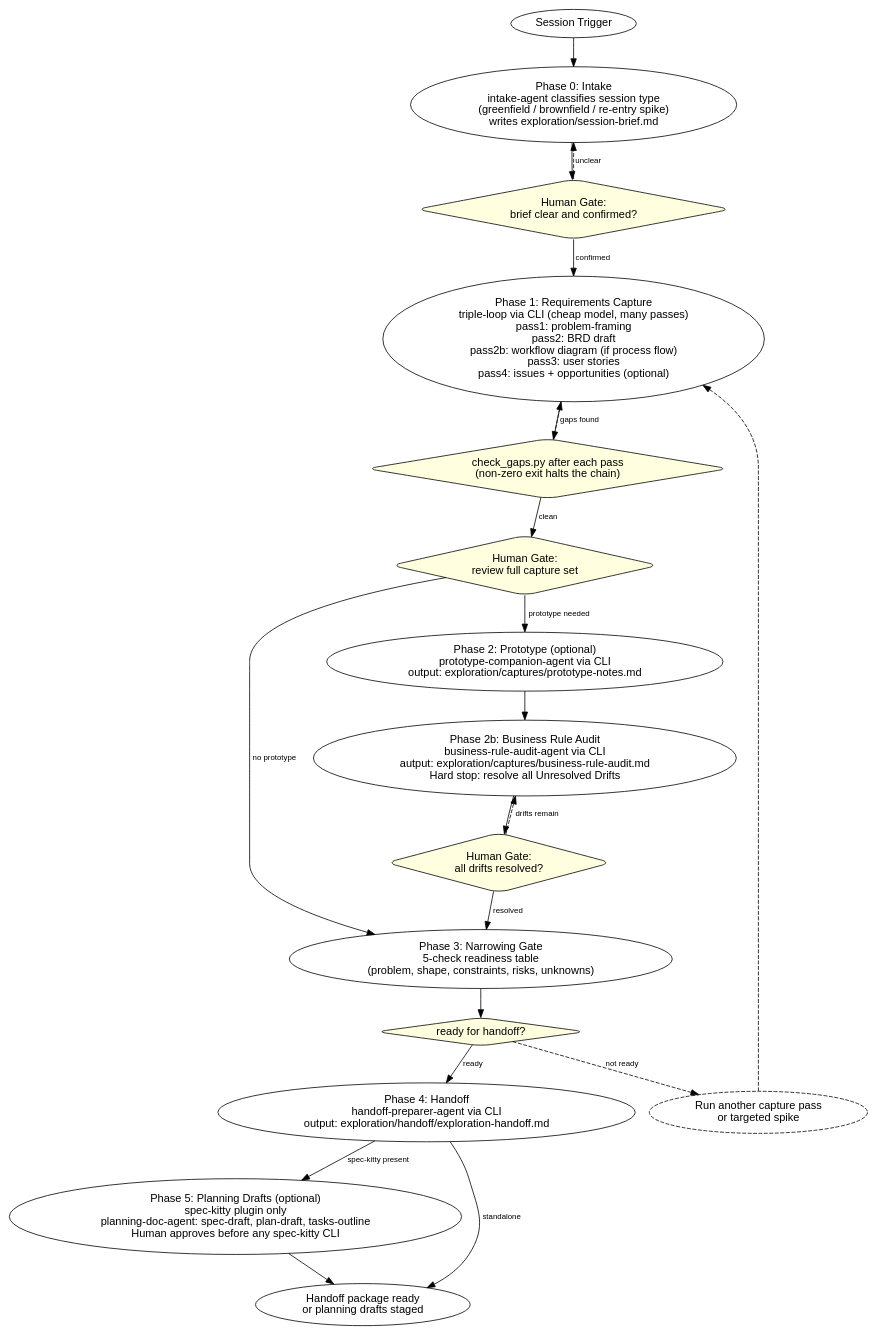
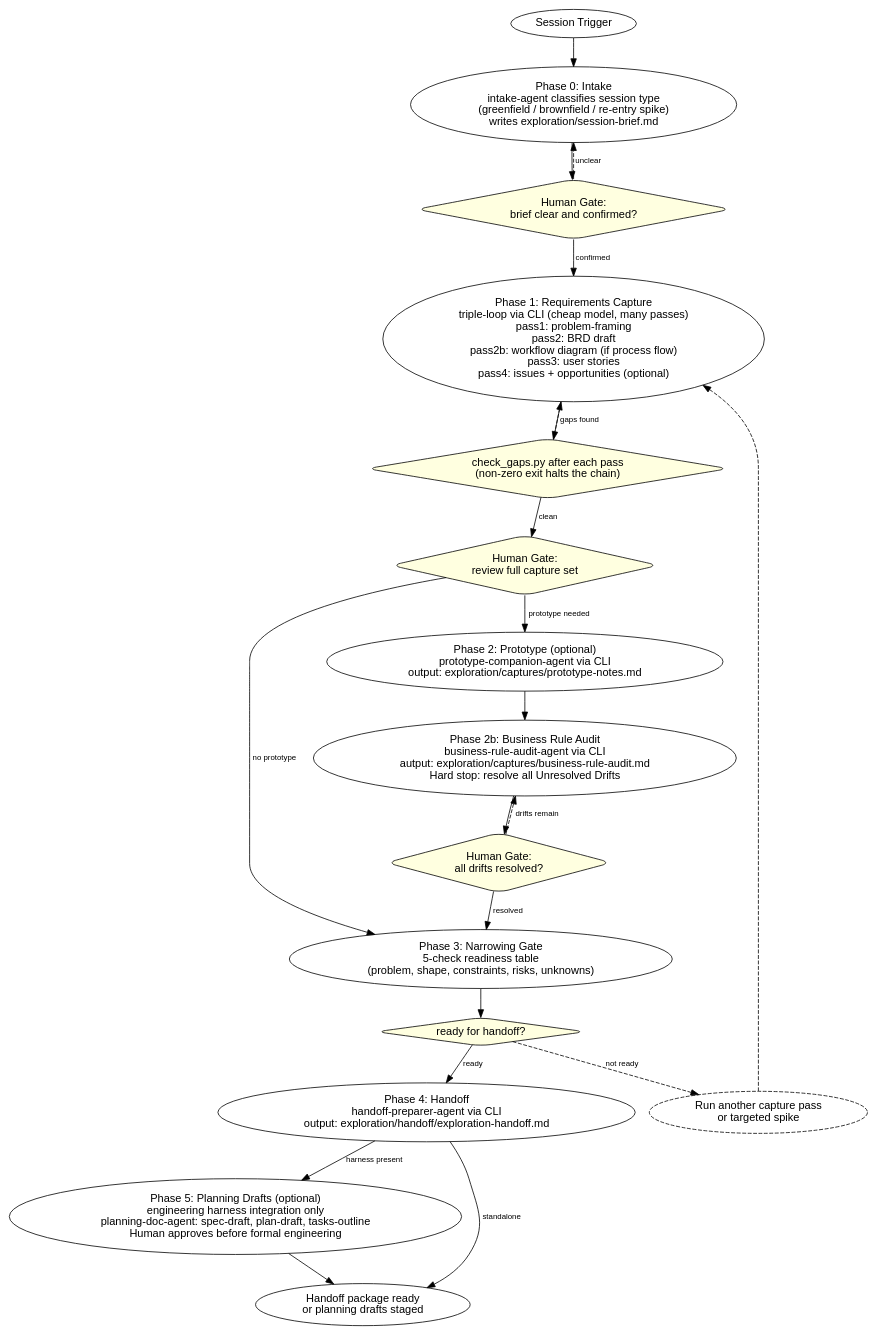
One commit to richfrem/agent-plugins-skills changed the diagram in plugins/exploration-cycle-plugin/skills/exploration-workflow/SKILL.md. Above: the diagram before and after it, drawn with Graphviz. The commit also changed other lines of this file and 49 other files, not shown here.

````diff
--- a/plugins/exploration-cycle-plugin/skills/exploration-workflow/SKILL.md
+++ b/plugins/exploration-cycle-plugin/skills/exploration-workflow/SKILL.md
@@ -43,43 +41,43 @@
 ```dot
 digraph exploration_workflow_phase_a {
   rankdir=TB;
   node [shape=box, style="rounded,filled", fillcolor=white, fontname=Helvetica];
   edge [fontname=Helvetica, fontsize=10];
 
   node [shape=ellipse] Start [label="Session Trigger"];
 
   Phase0  [label="Phase 0: Intake\nintake-agent classifies session type\n(greenfield / brownfield / re-entry spike)\nwrites exploration/session-brief.md"];
   HG0     [label="Human Gate:\nbrief clear and confirmed?", shape=diamond, fillcolor=lightyellow];
   Phase1  [label="Phase 1: Requirements Capture\ntriple-loop via CLI (cheap model, many passes)\npass1: problem-framing\npass2: BRD draft\npass2b: workflow diagram (if process flow)\npass3: user stories\npass4: issues + opportunities (optional)"];
   GapCheck [label="check_gaps.py after each pass\n(non-zero exit halts the chain)", shape=diamond, fillcolor=lightyellow];
   HG1     [label="Human Gate:\nreview full capture set", shape=diamond, fillcolor=lightyellow];
   Phase2  [label="Phase 2: Prototype (optional)\nprototype-companion-agent via CLI\noutput: exploration/captures/prototype-notes.md"];
   Phase2b [label="Phase 2b: Business Rule Audit\nbusiness-rule-audit-agent via CLI\nautput: exploration/captures/business-rule-audit.md\nHard stop: resolve all Unresolved Drifts"];
   HG2     [label="Human Gate:\nall drifts resolved?", shape=diamond, fillcolor=lightyellow];
   Phase3  [label="Phase 3: Narrowing Gate\n5-check readiness table\n(problem, shape, constraints, risks, unknowns)"];
   NarrowOK [label="ready for handoff?", shape=diamond, fillcolor=lightyellow];
   MoreCapture [label="Run another capture pass\nor targeted spike", style=dashed];
   Phase4  [label="Phase 4: Handoff\nhandoff-preparer-agent via CLI\noutput: exploration/handoff/exploration-handoff.md"];
-  Phase5  [label="Phase 5: Planning Drafts (optional)\nspec-kitty plugin only\nplanning-doc-agent: spec-draft, plan-draft, tasks-outline\nHuman approves before any spec-kitty CLI"];
+  Phase5  [label="Phase 5: Planning Drafts (optional)\nengineering harness integration only\nplanning-doc-agent: spec-draft, plan-draft, tasks-outline\nHuman approves before formal engineering"];
   End     [label="Handoff package ready\nor planning drafts staged", shape=ellipse];
 
   Start -> Phase0 -> HG0;
   HG0 -> Phase1 [label="confirmed"];
   HG0 -> Phase0 [label="unclear", style=dashed];
   Phase1 -> GapCheck;
   GapCheck -> Phase1 [label="gaps found", style=dashed];
   GapCheck -> HG1 [label="clean"];
   HG1 -> Phase2 [label="prototype needed"];
   HG1 -> Phase3 [label="no prototype"];
   Phase2 -> Phase2b -> HG2;
   HG2 -> Phase3 [label="resolved"];
   HG2 -> Phase2b [label="drifts remain", style=dashed];
   Phase3 -> NarrowOK;
   NarrowOK -> Phase4 [label="ready"];
   NarrowOK -> MoreCapture [label="not ready", style=dashed];
   MoreCapture -> Phase1 [style=dashed];
-  Phase4 -> Phase5 [label="spec-kitty present"];
+  Phase4 -> Phase5 [label="harness present"];
   Phase4 -> End [label="standalone"];
   Phase5 -> End;
 }
 ```
````
